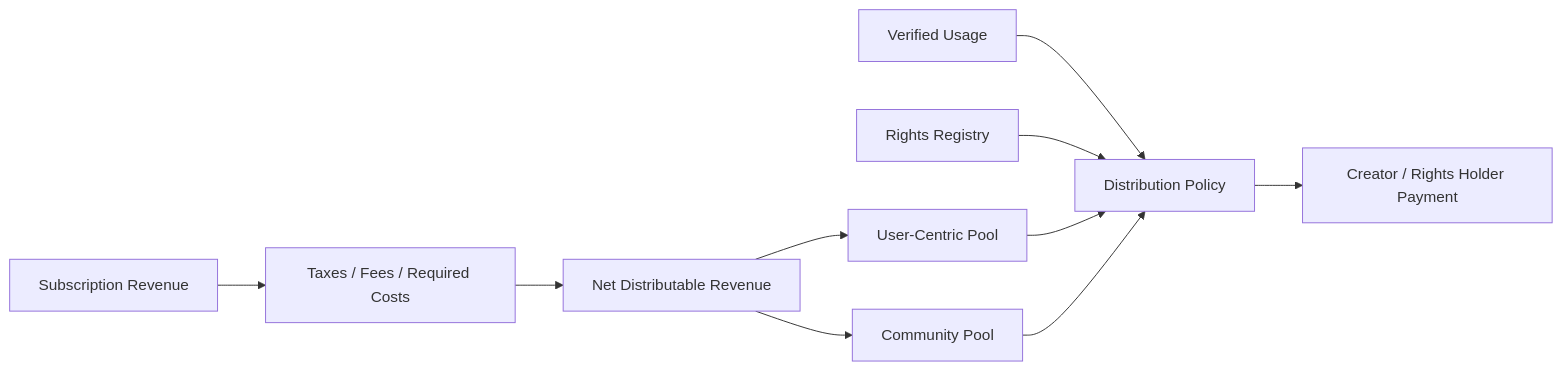
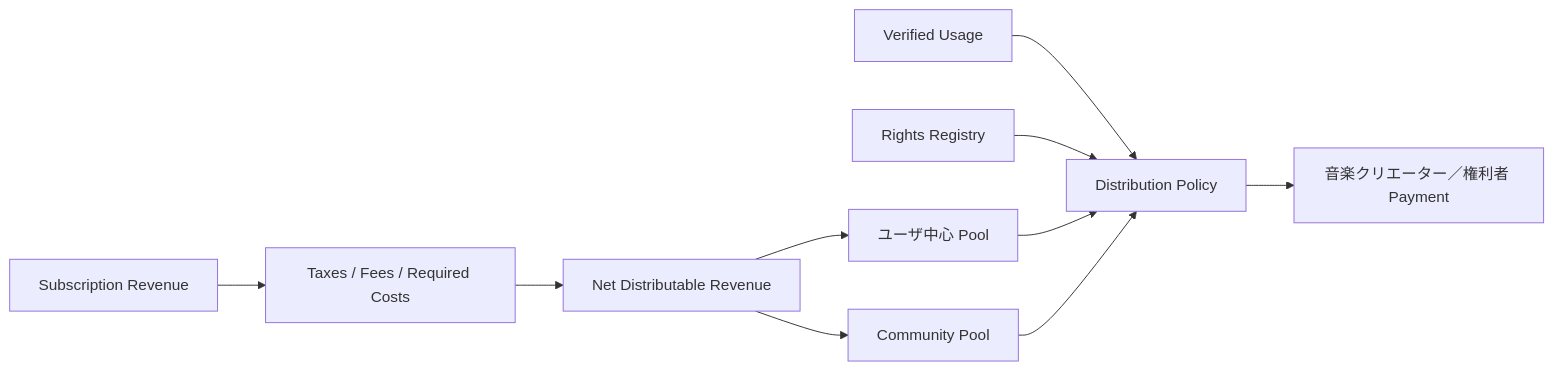
The first of 5 diagrams in docs/adr/ADR-0004-creator-distribution-model.md (ShigeichiroYamasaki/creator-first-platform), drawn with Mermaid before and after one commit. The commit also changed other lines of this file and 67 other files, not shown here.

````diff
--- a/docs/adr/ADR-0004-creator-distribution-model.md
+++ b/docs/adr/ADR-0004-creator-distribution-model.md
@@ -47,21 +47,21 @@
 ```mermaid
 flowchart LR
     SUB[Subscription Revenue]
     COST[Taxes / Fees / Required Costs]
     NET[Net Distributable Revenue]
-    USER[User-Centric Pool]
+    USER[ユーザ中心 Pool]
     COMMUNITY[Community Pool]
     USAGE[Verified Usage]
     RIGHTS[Rights Registry]
     POLICY[Distribution Policy]
-    PAY[Creator / Rights Holder Payment]
+    PAY[音楽クリエーター／権利者 Payment]
 
     SUB --> COST --> NET
     NET --> USER
     NET --> COMMUNITY
     USAGE --> POLICY
     RIGHTS --> POLICY
     USER --> POLICY
     COMMUNITY --> POLICY
     POLICY --> PAY
 ```
````
